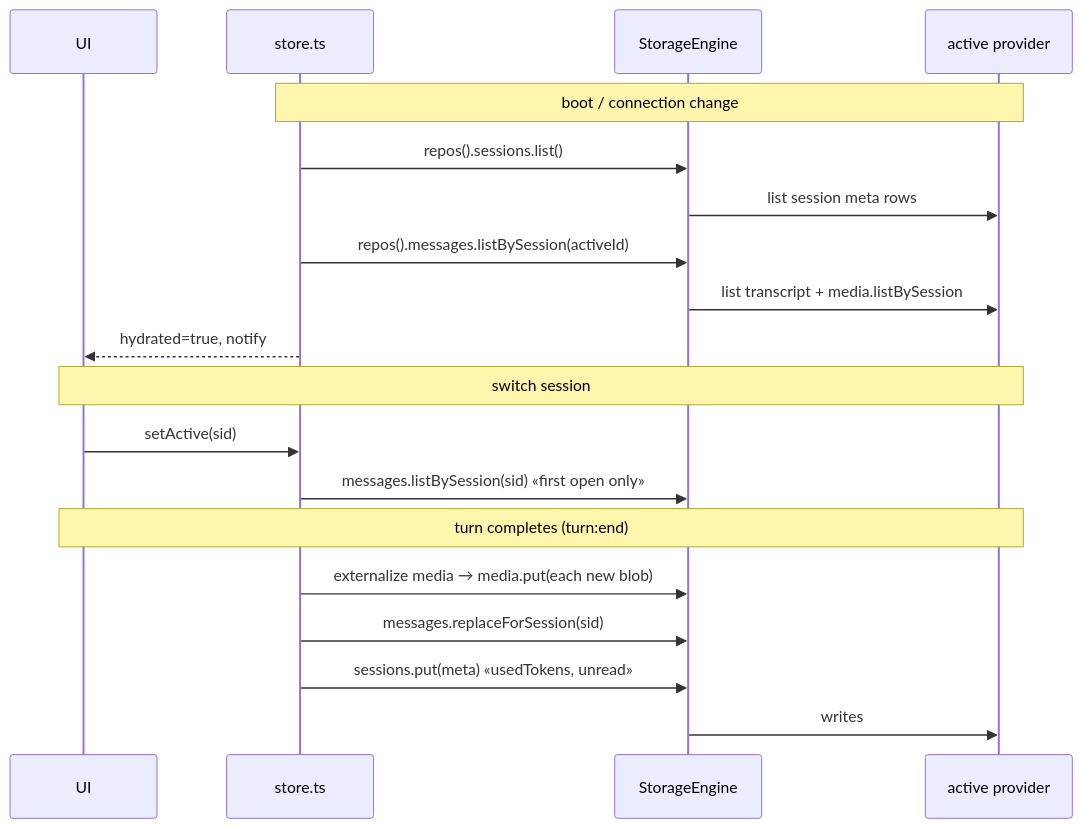
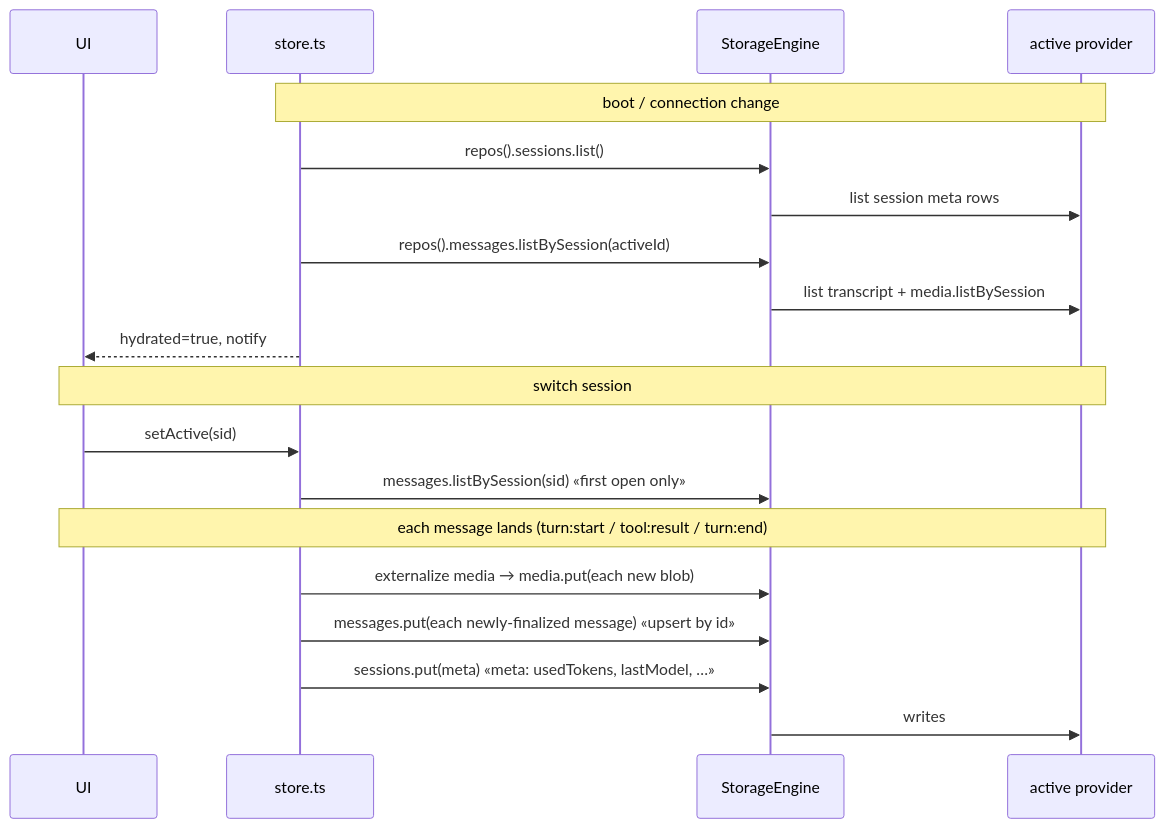
One commit to bilikaz/v84-harness changed the second of 2 diagrams in docs/architecture/storage.md. Above: the diagram before and after it, drawn with Mermaid. The commit also changed other lines of this file and 48 other files, not shown here.

````diff
--- a/docs/architecture/storage.md
+++ b/docs/architecture/storage.md
@@ -237,24 +262,24 @@
 ```mermaid
 sequenceDiagram
     participant UI
     participant Store as store.ts
     participant E as StorageEngine
     participant P as active provider
 
     Note over Store,P: boot / connection change
     Store->>E: repos().sessions.list()
     E->>P: list session meta rows
     Store->>E: repos().messages.listBySession(activeId)
     E->>P: list transcript + media.listBySession
     Store-->>UI: hydrated=true, notify
 
     Note over UI,P: switch session
     UI->>Store: setActive(sid)
     Store->>E: messages.listBySession(sid) «first open only»
 
-    Note over UI,P: turn completes (turn:end)
+    Note over UI,P: each message lands (turn:start / tool:result / turn:end)
     Store->>E: externalize media → media.put(each new blob)
-    Store->>E: messages.replaceForSession(sid)
-    Store->>E: sessions.put(meta) «usedTokens, unread»
+    Store->>E: messages.put(each newly-finalized message) «upsert by id»
+    Store->>E: sessions.put(meta) «meta: usedTokens, lastModel, …»
     E->>P: writes
 ```
````
